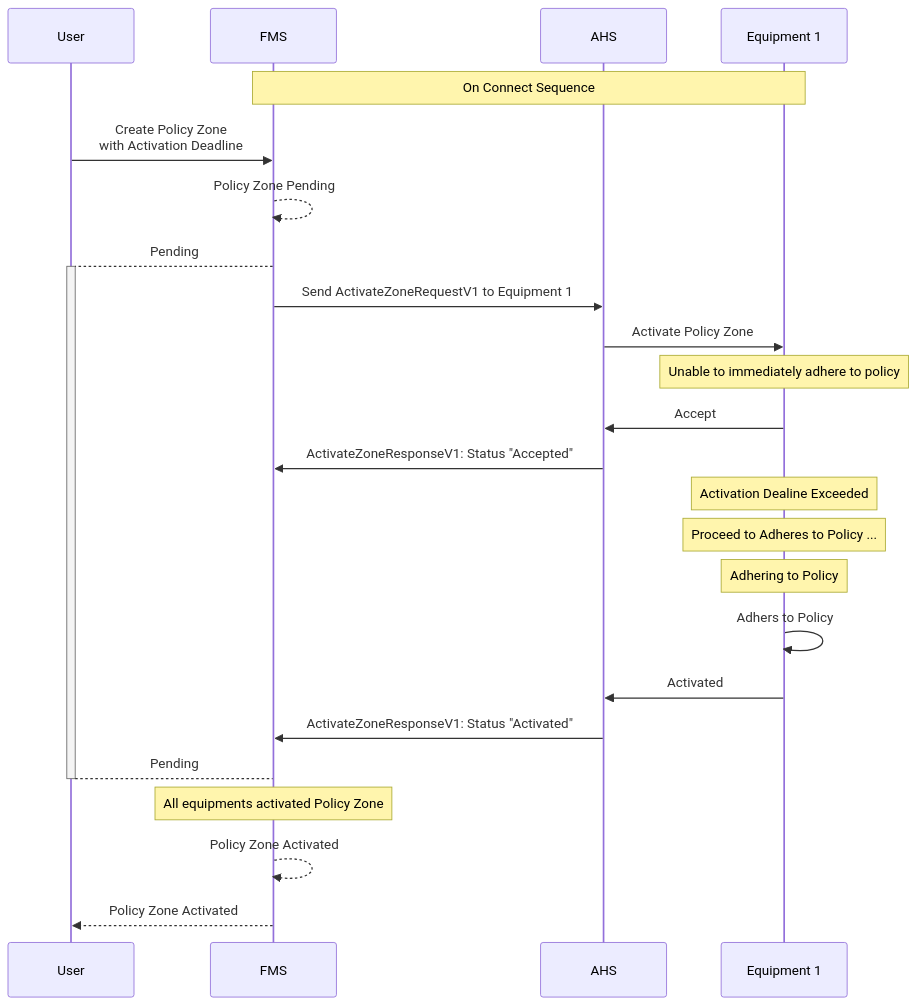
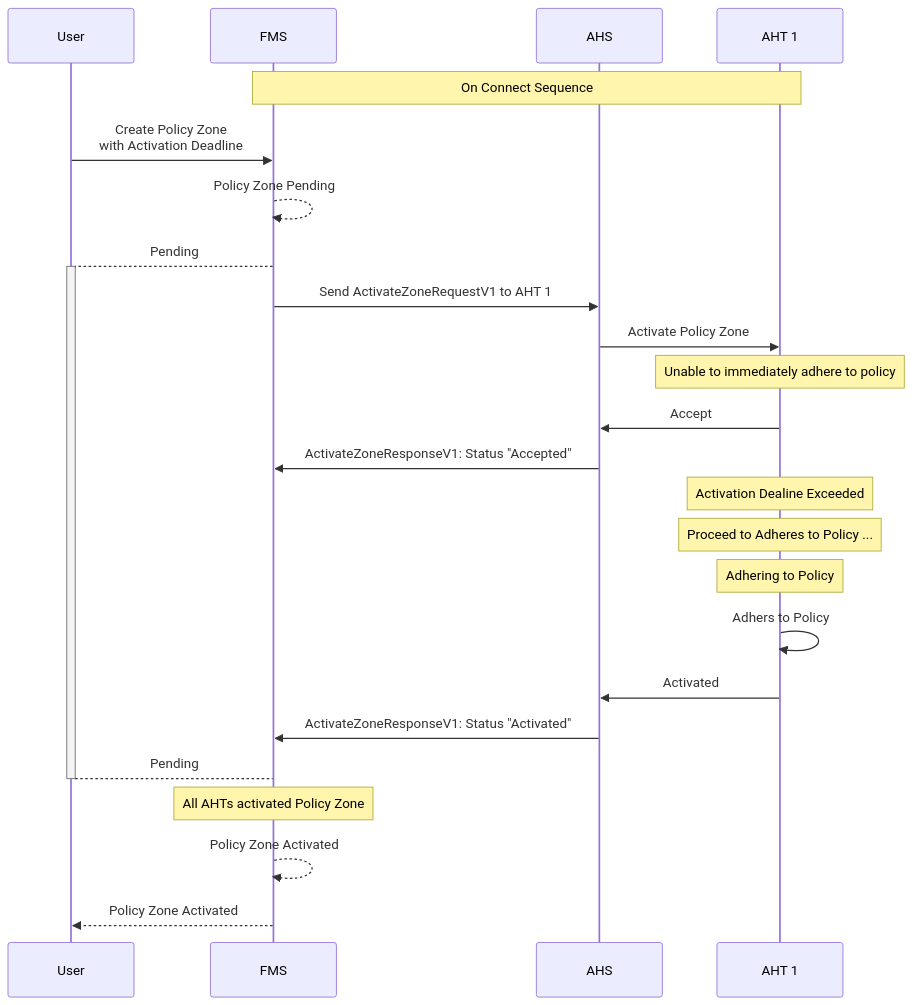
The second of 4 diagrams in diagram/PolicyZoneActivation.md (open-autonomy/zone), drawn with Mermaid before and after one commit. The commit also changed other lines of this file and 15 other files, not shown here.

Commit message:
updated language equipment to AHT

````diff
--- a/diagram/PolicyZoneActivation.md
+++ b/diagram/PolicyZoneActivation.md
@@ -45,30 +45,30 @@
 ```mermaid
 sequenceDiagram
     participant User
     participant FMS
     participant AHS
-    participant Equipment 1
+    participant AHT 1
 
-    Note over FMS,Equipment 1: On Connect Sequence
+    Note over FMS,AHT 1: On Connect Sequence
     User->>FMS: Create Policy Zone <br/> with Activation Deadline
     FMS-->>FMS: Policy Zone Pending
     FMS-->+User: Pending
-    FMS->>AHS: Send ActivateZoneRequestV1 to Equipment 1
-    AHS->>Equipment 1: Activate Policy Zone
+    FMS->>AHS: Send ActivateZoneRequestV1 to AHT 1
+    AHS->>AHT 1: Activate Policy Zone
 
-    Note Over Equipment 1: Unable to immediately adhere to policy
-    Equipment 1->>AHS: Accept
+    Note Over AHT 1: Unable to immediately adhere to policy
+    AHT 1->>AHS: Accept
     AHS->>FMS: ActivateZoneResponseV1: Status "Accepted"
 
-    Note Over Equipment 1: Activation Dealine Exceeded
-    Note Over Equipment 1: Proceed to Adheres to Policy ...
-    Note Over Equipment 1: Adhering to Policy
-    Equipment 1->>Equipment 1: Adhers to Policy
-    Equipment 1->>AHS: Activated
+    Note Over AHT 1: Activation Dealine Exceeded
+    Note Over AHT 1: Proceed to Adheres to Policy ...
+    Note Over AHT 1: Adhering to Policy
+    AHT 1->>AHT 1: Adhers to Policy
+    AHT 1->>AHS: Activated
     
     AHS->>FMS: ActivateZoneResponseV1: Status "Activated"
     User-->-FMS: Pending
-    Note Over FMS: All equipments activated Policy Zone
+    Note Over FMS: All AHTs activated Policy Zone
     FMS-->>FMS: Policy Zone Activated
     FMS-->>User: Policy Zone Activated
 ```
````
